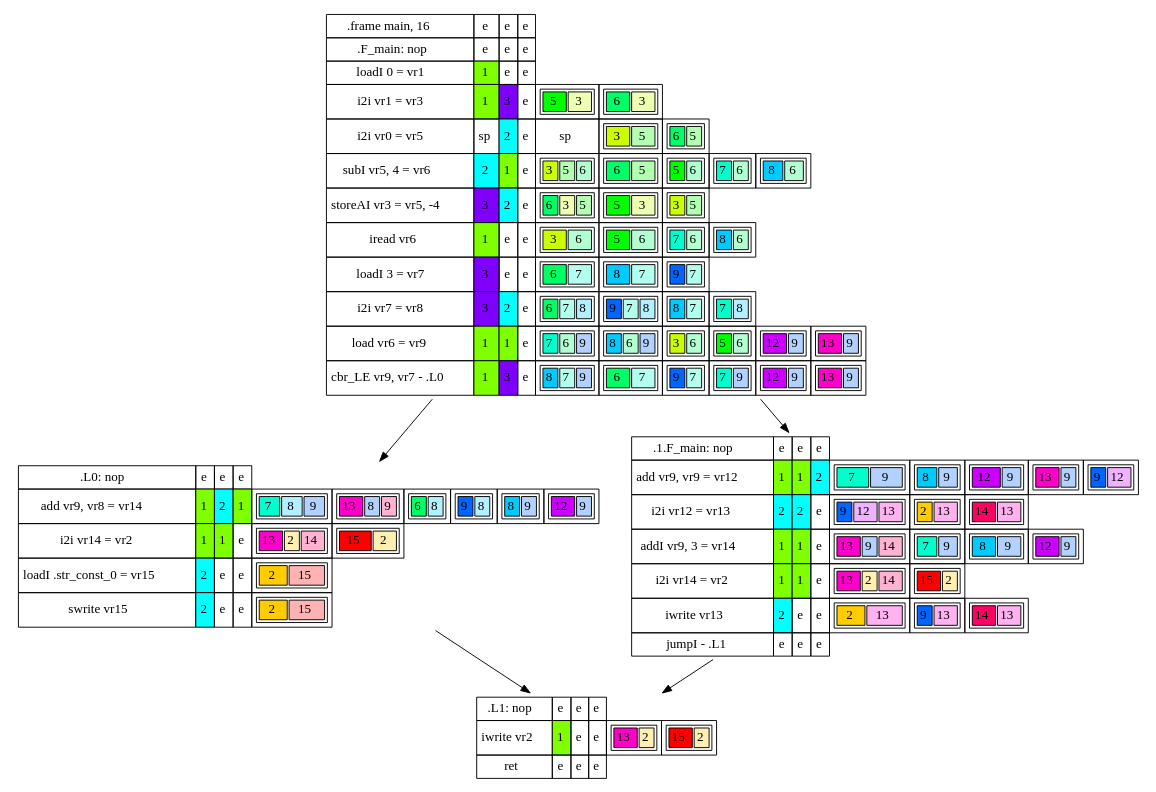
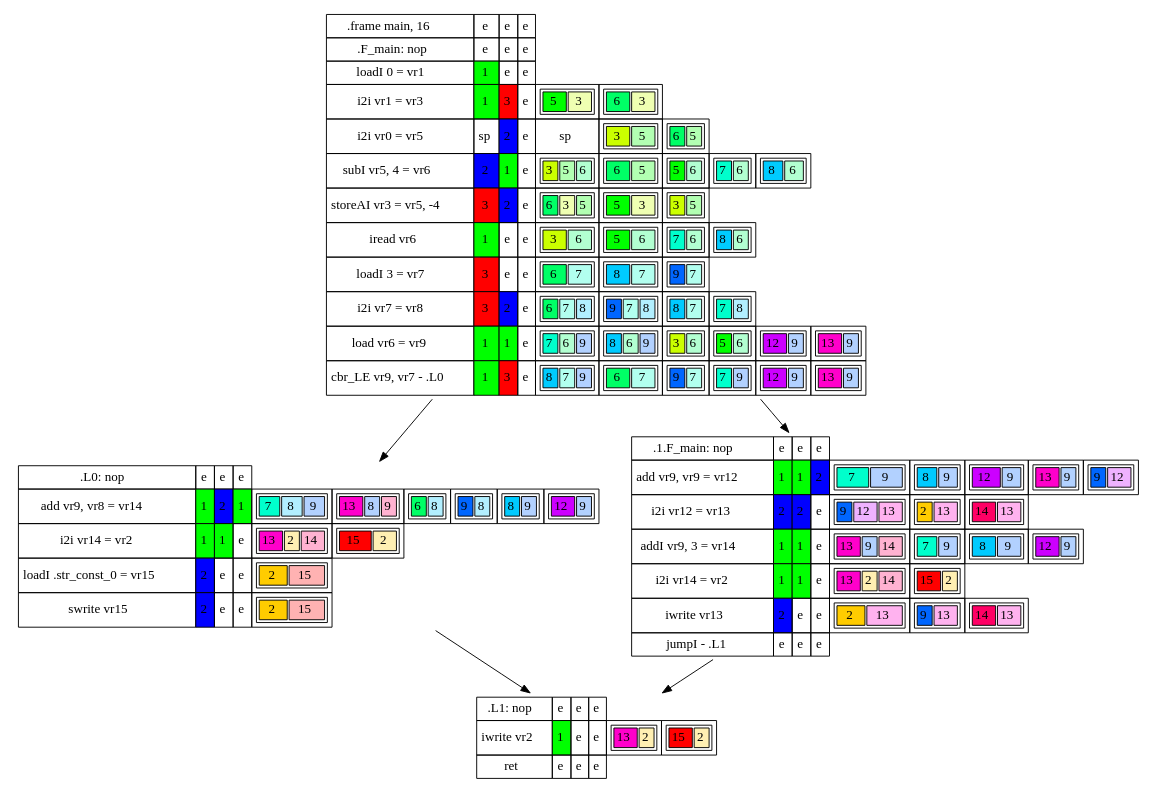
One commit to DevinR528/iloc-opt changed the diagram in pre2.dot. Above: the diagram before and after it, drawn with Graphviz. The commit also changed 4 other files, not shown here.

```diff
--- a/pre2.dot
+++ b/pre2.dot
@@ -15,14 +15,14 @@
   </tr>
   <tr>
     <td>loadI 0 = vr1</td>
-    <td bgcolor = "0.25 1 1">1</td>
+    <td bgcolor = "0.33333334 1 1">1</td>
     <td>e</td>
     <td>e</td>
   </tr>
   <tr>
     <td>i2i vr1 = vr3</td>
-    <td bgcolor = "0.25 1 1">1</td>
-    <td bgcolor = "0.75 1 1">3</td>
+    <td bgcolor = "0.33333334 1 1">1</td>
+    <td bgcolor = "1 1 1">3</td>
     <td>e</td>
     <td><table><tr><td bgcolor = "0.33333334 1 1">5</td><td bgcolor="0.2 0.3 1">3</td></tr></table></td>
     <td><table><tr><td bgcolor = "0.4 1 1">6</td><td bgcolor="0.2 0.3 1">3</td></tr></table></td>
@@ -30,7 +30,7 @@
   <tr>
     <td>i2i vr0 = vr5</td>
     <td>sp</td>
-    <td bgcolor = "0.5 1 1">2</td>
+    <td bgcolor = "0.6666667 1 1">2</td>
     <td>e</td>
     <td>sp</td>
     <td><table><tr><td bgcolor = "0.2 1 1">3</td><td bgcolor="0.33333334 0.3 1">5</td></tr></table></td>
@@ -38,8 +38,8 @@
   </tr>
   <tr>
     <td>subI vr5, 4 = vr6</td>
-    <td bgcolor = "0.5 1 1">2</td>
-    <td bgcolor = "0.25 1 1">1</td>
+    <td bgcolor = "0.6666667 1 1">2</td>
+    <td bgcolor = "0.33333334 1 1">1</td>
     <td>e</td>
     <td><table><tr><td bgcolor = "0.2 1 1">3</td><td bgcolor="0.33333334 0.3 1">5</td><td bgcolor="0.4 0.3 1">6</td></tr></table></td>
     <td><table><tr><td bgcolor = "0.4 1 1">6</td><td bgcolor="0.33333334 0.3 1">5</td></tr></table></td>
@@ -49,8 +49,8 @@
   </tr>
   <tr>
     <td>storeAI vr3 = vr5, -4</td>
-    <td bgcolor = "0.75 1 1">3</td>
-    <td bgcolor = "0.5 1 1">2</td>
+    <td bgcolor = "1 1 1">3</td>
+    <td bgcolor = "0.6666667 1 1">2</td>
     <td>e</td>
     <td><table><tr><td bgcolor = "0.4 1 1">6</td><td bgcolor="0.2 0.3 1">3</td><td bgcolor="0.33333334 0.3 1">5</td></tr></table></td>
     <td><table><tr><td bgcolor = "0.33333334 1 1">5</td><td bgcolor="0.2 0.3 1">3</td></tr></table></td>
@@ -58,7 +58,7 @@
   </tr>
   <tr>
     <td>iread vr6</td>
-    <td bgcolor = "0.25 1 1">1</td>
+    <td bgcolor = "0.33333334 1 1">1</td>
     <td>e</td>
     <td>e</td>
     <td><table><tr><td bgcolor = "0.2 1 1">3</td><td bgcolor="0.4 0.3 1">6</td></tr></table></td>
@@ -68,7 +68,7 @@
   </tr>
   <tr>
     <td>loadI 3 = vr7</td>
-    <td bgcolor = "0.75 1 1">3</td>
+    <td bgcolor = "1 1 1">3</td>
     <td>e</td>
     <td>e</td>
     <td><table><tr><td bgcolor = "0.4 1 1">6</td><td bgcolor="0.46666667 0.3 1">7</td></tr></table></td>
@@ -77,8 +77,8 @@
   </tr>
   <tr>
     <td>i2i vr7 = vr8</td>
-    <td bgcolor = "0.75 1 1">3</td>
-    <td bgcolor = "0.5 1 1">2</td>
+    <td bgcolor = "1 1 1">3</td>
+    <td bgcolor = "0.6666667 1 1">2</td>
     <td>e</td>
     <td><table><tr><td bgcolor = "0.4 1 1">6</td><td bgcolor="0.46666667 0.3 1">7</td><td bgcolor="0.53333336 0.3 1">8</td></tr></table></td>
     <td><table><tr><td bgcolor = "0.6 1 1">9</td><td bgcolor="0.46666667 0.3 1">7</td><td bgcolor="0.53333336 0.3 1">8</td></tr></table></td>
@@ -87,8 +87,8 @@
   </tr>
   <tr>
     <td>load vr6 = vr9</td>
-    <td bgcolor = "0.25 1 1">1</td>
-    <td bgcolor = "0.25 1 1">1</td>
+    <td bgcolor = "0.33333334 1 1">1</td>
+    <td bgcolor = "0.33333334 1 1">1</td>
     <td>e</td>
     <td><table><tr><td bgcolor = "0.46666667 1 1">7</td><td bgcolor="0.4 0.3 1">6</td><td bgcolor="0.6 0.3 1">9</td></tr></table></td>
     <td><table><tr><td bgcolor = "0.53333336 1 1">8</td><td bgcolor="0.4 0.3 1">6</td><td bgcolor="0.6 0.3 1">9</td></tr></table></td>
@@ -99,8 +99,8 @@
   </tr>
   <tr>
     <td>cbr_LE vr9, vr7 - .L0</td>
-    <td bgcolor = "0.25 1 1">1</td>
-    <td bgcolor = "0.75 1 1">3</td>
+    <td bgcolor = "0.33333334 1 1">1</td>
+    <td bgcolor = "1 1 1">3</td>
     <td>e</td>
     <td><table><tr><td bgcolor = "0.53333336 1 1">8</td><td bgcolor="0.46666667 0.3 1">7</td><td bgcolor="0.6 0.3 1">9</td></tr></table></td>
     <td><table><tr><td bgcolor = "0.4 1 1">6</td><td bgcolor="0.46666667 0.3 1">7</td></tr></table></td>
@@ -122,9 +122,9 @@
   </tr>
   <tr>
     <td>add vr9, vr9 = vr12</td>
-    <td bgcolor = "0.25 1 1">1</td>
-    <td bgcolor = "0.25 1 1">1</td>
-    <td bgcolor = "0.5 1 1">2</td>
+    <td bgcolor = "0.33333334 1 1">1</td>
+    <td bgcolor = "0.33333334 1 1">1</td>
+    <td bgcolor = "0.6666667 1 1">2</td>
     <td><table><tr><td bgcolor = "0.46666667 1 1">7</td><td bgcolor="0.6 0.3 1">9</td></tr></table></td>
     <td><table><tr><td bgcolor = "0.53333336 1 1">8</td><td bgcolor="0.6 0.3 1">9</td></tr></table></td>
     <td><table><tr><td bgcolor = "0.8 1 1">12</td><td bgcolor="0.6 0.3 1">9</td></tr></table></td>
@@ -133,8 +133,8 @@
   </tr>
   <tr>
     <td>i2i vr12 = vr13</td>
-    <td bgcolor = "0.5 1 1">2</td>
-    <td bgcolor = "0.5 1 1">2</td>
+    <td bgcolor = "0.6666667 1 1">2</td>
+    <td bgcolor = "0.6666667 1 1">2</td>
     <td>e</td>
     <td><table><tr><td bgcolor = "0.6 1 1">9</td><td bgcolor="0.8 0.3 1">12</td><td bgcolor="0.8666667 0.3 1">13</td></tr></table></td>
     <td><table><tr><td bgcolor = "0.13333334 1 1">2</td><td bgcolor="0.8666667 0.3 1">13</td></tr></table></td>
@@ -142,8 +142,8 @@
   </tr>
   <tr>
     <td>addI vr9, 3 = vr14</td>
-    <td bgcolor = "0.25 1 1">1</td>
-    <td bgcolor = "0.25 1 1">1</td>
+    <td bgcolor = "0.33333334 1 1">1</td>
+    <td bgcolor = "0.33333334 1 1">1</td>
     <td>e</td>
     <td><table><tr><td bgcolor = "0.8666667 1 1">13</td><td bgcolor="0.6 0.3 1">9</td><td bgcolor="0.93333334 0.3 1">14</td></tr></table></td>
     <td><table><tr><td bgcolor = "0.46666667 1 1">7</td><td bgcolor="0.6 0.3 1">9</td></tr></table></td>
@@ -152,15 +152,15 @@
   </tr>
   <tr>
     <td>i2i vr14 = vr2</td>
-    <td bgcolor = "0.25 1 1">1</td>
-    <td bgcolor = "0.25 1 1">1</td>
+    <td bgcolor = "0.33333334 1 1">1</td>
+    <td bgcolor = "0.33333334 1 1">1</td>
     <td>e</td>
     <td><table><tr><td bgcolor = "0.8666667 1 1">13</td><td bgcolor="0.13333334 0.3 1">2</td><td bgcolor="0.93333334 0.3 1">14</td></tr></table></td>
     <td><table><tr><td bgcolor = "1 1 1">15</td><td bgcolor="0.13333334 0.3 1">2</td></tr></table></td>
   </tr>
   <tr>
     <td>iwrite vr13</td>
-    <td bgcolor = "0.5 1 1">2</td>
+    <td bgcolor = "0.6666667 1 1">2</td>
     <td>e</td>
     <td>e</td>
     <td><table><tr><td bgcolor = "0.13333334 1 1">2</td><td bgcolor="0.8666667 0.3 1">13</td></tr></table></td>
@@ -185,9 +185,9 @@
   </tr>
   <tr>
     <td>add vr9, vr8 = vr14</td>
-    <td bgcolor = "0.25 1 1">1</td>
-    <td bgcolor = "0.5 1 1">2</td>
-    <td bgcolor = "0.25 1 1">1</td>
+    <td bgcolor = "0.33333334 1 1">1</td>
+    <td bgcolor = "0.6666667 1 1">2</td>
+    <td bgcolor = "0.33333334 1 1">1</td>
     <td><table><tr><td bgcolor = "0.46666667 1 1">7</td><td bgcolor="0.53333336 0.3 1">8</td><td bgcolor="0.6 0.3 1">9</td></tr></table></td>
     <td><table><tr><td bgcolor = "0.8666667 1 1">13</td><td bgcolor="0.6 0.3 1">8</td><td bgcolor="0.93333334 0.3 1">9</td></tr></table></td>
 <td><table><tr><td bgcolor = "0.4 1 1">6</td><td bgcolor="0.53333336 0.3 1">8</td></tr></table></td>
@@ -197,22 +197,22 @@
   </tr>
   <tr>
     <td>i2i vr14 = vr2</td>
-    <td bgcolor = "0.25 1 1">1</td>
-    <td bgcolor = "0.25 1 1">1</td>
+    <td bgcolor = "0.33333334 1 1">1</td>
+    <td bgcolor = "0.33333334 1 1">1</td>
     <td>e</td>
     <td><table><tr><td bgcolor = "0.8666667 1 1">13</td><td bgcolor="0.13333334 0.3 1">2</td><td bgcolor="0.93333334 0.3 1">14</td></tr></table></td>
     <td><table><tr><td bgcolor = "1 1 1">15</td><td bgcolor="0.13333334 0.3 1">2</td></tr></table></td>
   </tr>
   <tr>
     <td>loadI .str_const_0 = vr15</td>
-    <td bgcolor = "0.5 1 1">2</td>
+    <td bgcolor = "0.6666667 1 1">2</td>
     <td>e</td>
     <td>e</td>
     <td><table><tr><td bgcolor = "0.13333334 1 1">2</td><td bgcolor="1 0.3 1">15</td></tr></table></td>
   </tr>
   <tr>
     <td>swrite vr15</td>
-    <td bgcolor = "0.5 1 1">2</td>
+    <td bgcolor = "0.6666667 1 1">2</td>
     <td>e</td>
     <td>e</td>
     <td><table><tr><td bgcolor = "0.13333334 1 1">2</td><td bgcolor="1 0.3 1">15</td></tr></table></td>
@@ -229,7 +229,7 @@
   </tr>
   <tr>
     <td>iwrite vr2</td>
-    <td bgcolor = "0.25 1 1">1</td>
+    <td bgcolor = "0.33333334 1 1">1</td>
     <td>e</td>
     <td>e</td>
     <td><table><tr><td bgcolor = "0.8666667 1 1">13</td><td bgcolor="0.13333334 0.3 1">2</td></tr></table></td>
```
